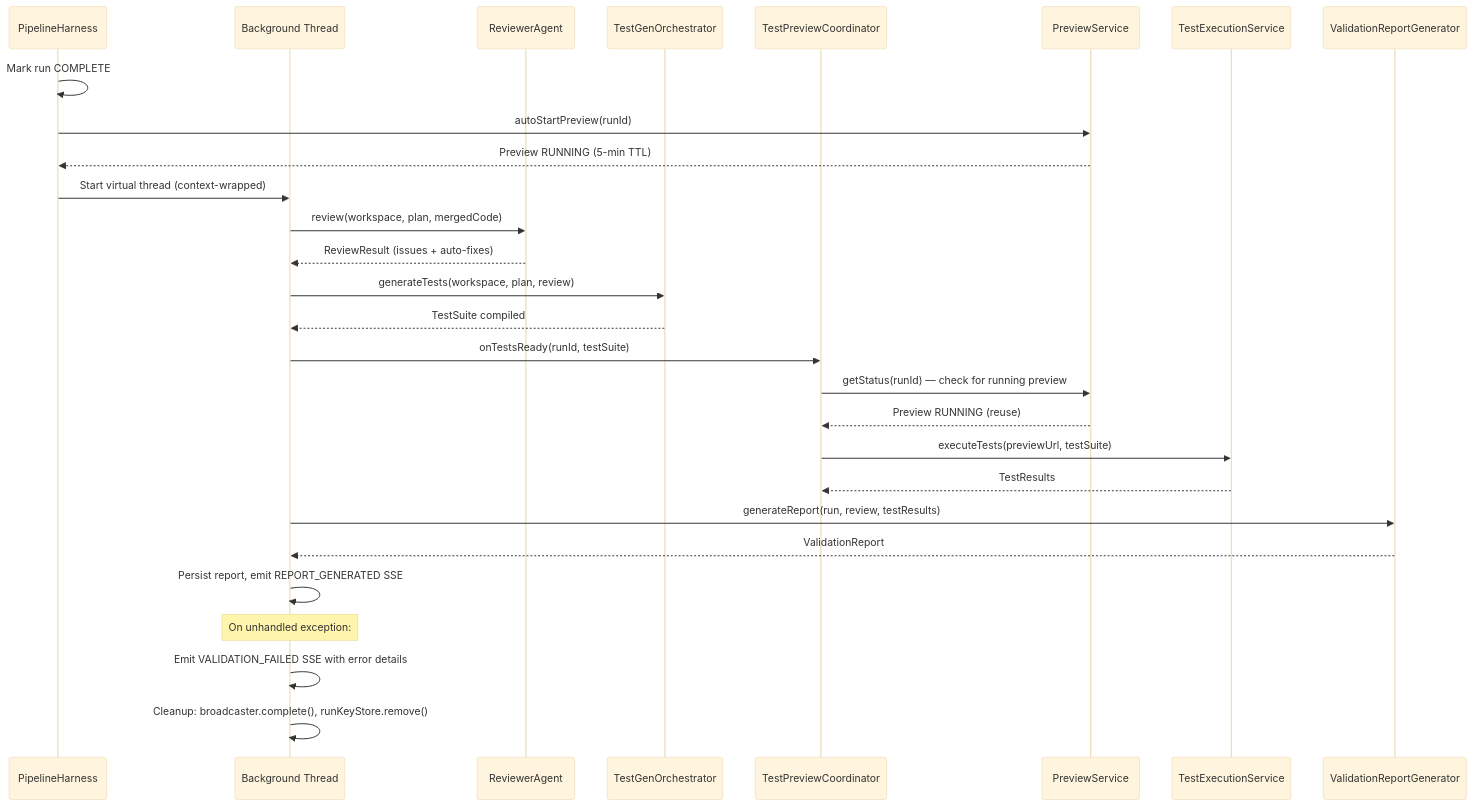
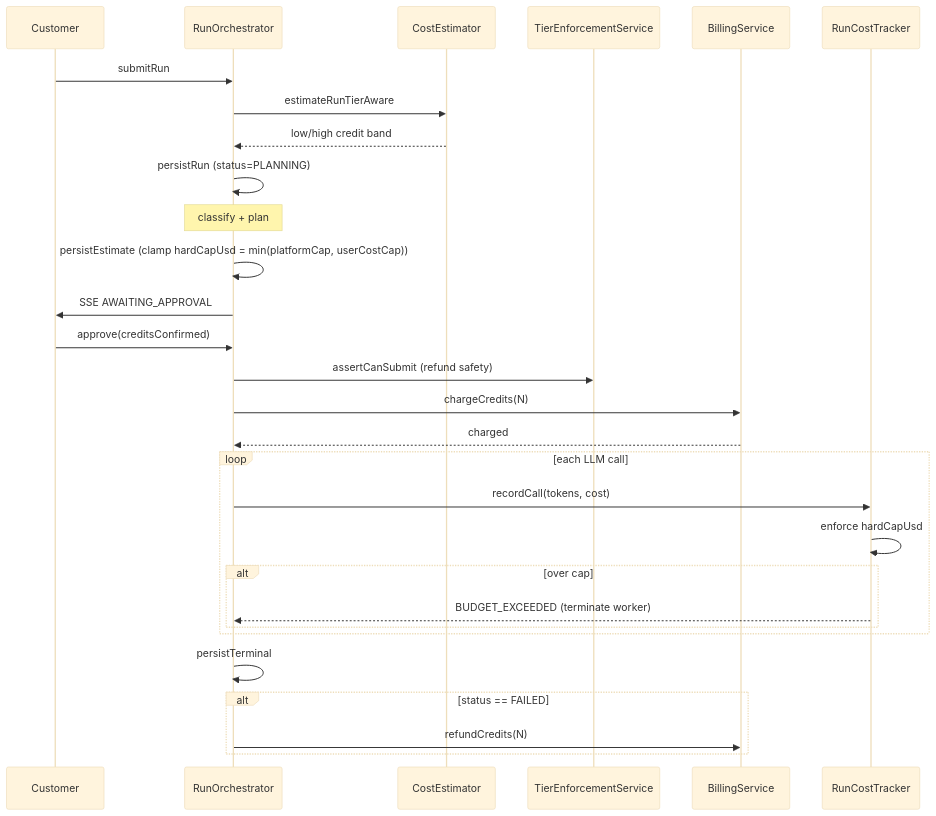
The sixth of 17 diagrams in docs/WORKFLOWS.md (navneetprabhakar/executespec), drawn with Mermaid (base theme) before and after one commit. The commit also changed other lines of this file and 40 other files, not shown here.

````diff
--- a/docs/WORKFLOWS.md
+++ b/docs/WORKFLOWS.md
@@ -230,34 +160,31 @@
 ```mermaid
 sequenceDiagram
-    participant PH as PipelineHarness
-    participant BG as Background Thread
-    participant RV as ReviewerAgent
-    participant TG as TestGenOrchestrator
-    participant TP as TestPreviewCoordinator
-    participant PS as PreviewService
-    participant TE as TestExecutionService
-    participant VR as ValidationReportGenerator
-
-    PH->>PH: Mark run COMPLETE
-    PH->>PS: autoStartPreview(runId)
-    PS-->>PH: Preview RUNNING (5-min TTL)
-    PH->>BG: Start virtual thread (context-wrapped)
-
-    BG->>RV: review(workspace, plan, mergedCode)
-    RV-->>BG: ReviewResult (issues + auto-fixes)
-    BG->>TG: generateTests(workspace, plan, review)
-    TG-->>BG: TestSuite compiled
-
-    BG->>TP: onTestsReady(runId, testSuite)
-    TP->>PS: getStatus(runId) — check for running preview
-    PS-->>TP: Preview RUNNING (reuse)
-    TP->>TE: executeTests(previewUrl, testSuite)
-    TE-->>TP: TestResults
-
-    BG->>VR: generateReport(run, review, testResults)
-    VR-->>BG: ValidationReport
-    BG->>BG: Persist report, emit REPORT_GENERATED SSE
-    Note over BG: On unhandled exception:
-    BG->>BG: Emit VALIDATION_FAILED SSE with error details
-    BG->>BG: Cleanup: broadcaster.complete(), runKeyStore.remove()
+  participant U as Customer
+  participant O as RunOrchestrator
+  participant CE as CostEstimator
+  participant T as TierEnforcementService
+  participant B as BillingService
+  participant RCT as RunCostTracker
+  U->>O: submitRun
+  O->>CE: estimateRunTierAware
+  CE-->>O: low/high credit band
+  O->>O: persistRun (status=PLANNING)
+  Note over O: classify + plan
+  O->>O: persistEstimate (clamp hardCapUsd = min(platformCap, userCostCap))
+  O->>U: SSE AWAITING_APPROVAL
+  U->>O: approve(creditsConfirmed)
+  O->>T: assertCanSubmit (refund safety)
+  O->>B: chargeCredits(N)
+  B-->>O: charged
+  loop each LLM call
+    O->>RCT: recordCall(tokens, cost)
+    RCT->>RCT: enforce hardCapUsd
+    alt over cap
+      RCT-->>O: BUDGET_EXCEEDED (terminate worker)
+    end
+  end
+  O->>O: persistTerminal
+  alt status == FAILED
+    O->>B: refundCredits(N)
+  end
 ```
````
